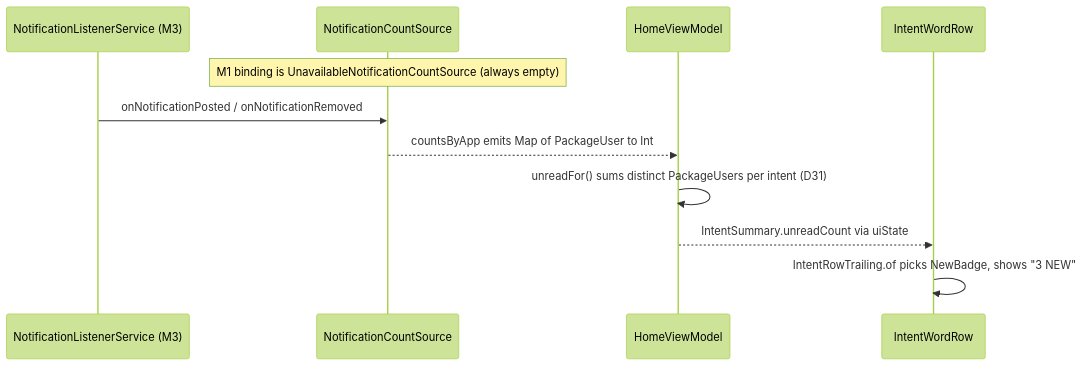
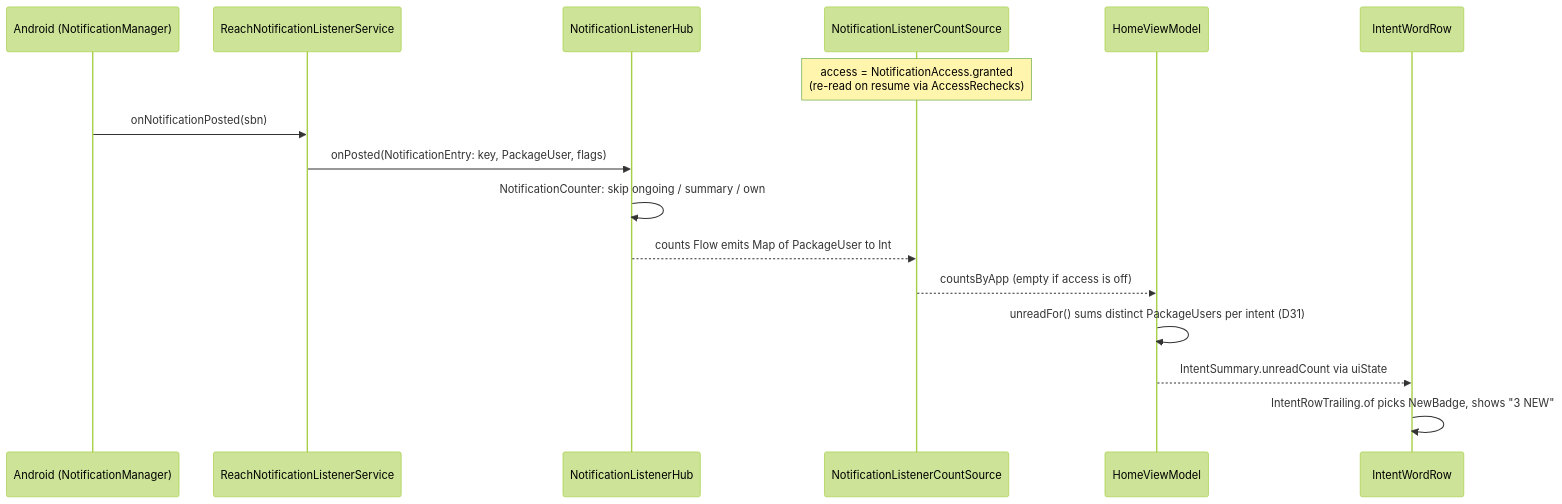
The third of 8 diagrams in docs/ARCHITECTURE.md (harundemir918/reachlauncher), drawn with Mermaid (forest theme) before and after one commit. The commit also changed other lines of this file and 11 other files, not shown here.

````diff
--- a/docs/ARCHITECTURE.md
+++ b/docs/ARCHITECTURE.md
@@ -249,14 +249,19 @@
 ```mermaid
 sequenceDiagram
-    participant NLS as NotificationListenerService (M3)
-    participant Src as NotificationCountSource
+    participant OS as Android (NotificationManager)
+    participant NLS as ReachNotificationListenerService
+    participant Hub as NotificationListenerHub
+    participant Src as NotificationListenerCountSource
     participant VM as HomeViewModel
     participant UI as IntentWordRow
 
-    Note over Src: M1 binding is UnavailableNotificationCountSource (always empty)
-    NLS->>Src: onNotificationPosted / onNotificationRemoved
-    Src-->>VM: countsByApp emits Map of PackageUser to Int
+    Note over Src: access = NotificationAccess.granted<br/>(re-read on resume via AccessRechecks)
+    OS->>NLS: onNotificationPosted(sbn)
+    NLS->>Hub: onPosted(NotificationEntry: key, PackageUser, flags)
+    Hub->>Hub: NotificationCounter: skip ongoing / summary / own
+    Hub-->>Src: counts Flow emits Map of PackageUser to Int
+    Src-->>VM: countsByApp (empty if access is off)
     VM->>VM: unreadFor() sums distinct PackageUsers per intent (D31)
     VM-->>UI: IntentSummary.unreadCount via uiState
     UI->>UI: IntentRowTrailing.of picks NewBadge, shows "3 NEW"
 ```
````
